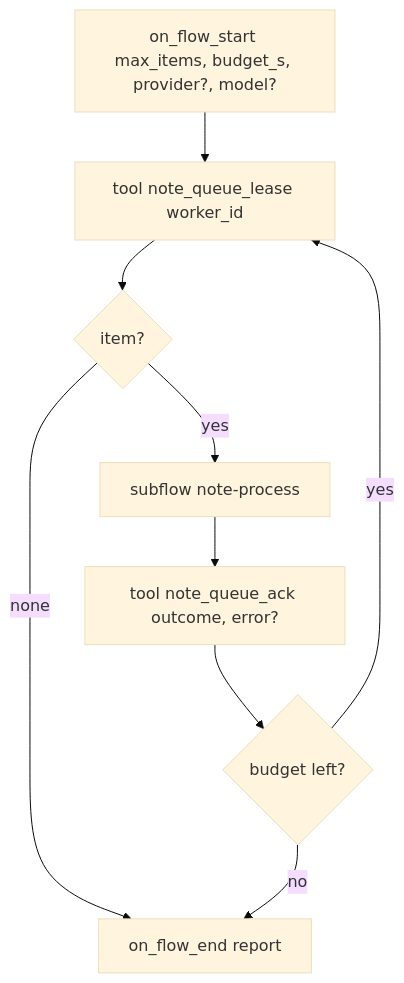
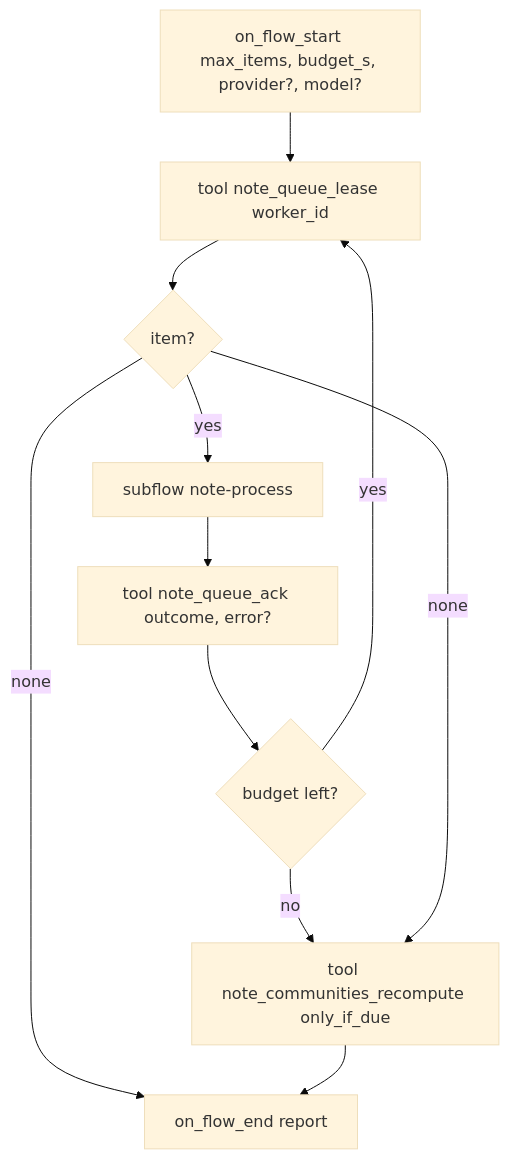
One commit to lpalbou/AbstractNote changed the third of 4 diagrams in docs/cognition.md. Above: the diagram before and after it, drawn with Mermaid (base theme). The commit also changed other lines of this file and 18 other files, not shown here.

````diff
--- a/docs/cognition.md
+++ b/docs/cognition.md
@@ -129,11 +129,13 @@
 ```mermaid
 flowchart TD
     S[on_flow_start max_items, budget_s, provider?, model?] --> L[tool note_queue_lease worker_id]
     L --> H{item?}
     H -- none --> Z[on_flow_end report]
     H -- yes --> P[subflow note-process]
     P --> K[tool note_queue_ack outcome, error?]
     K --> B{budget left?}
     B -- yes --> L
-    B -- no --> Z
+    B -- no --> C[tool note_communities_recompute only_if_due]
+    H -- none --> C
+    C --> Z
 ```
````
